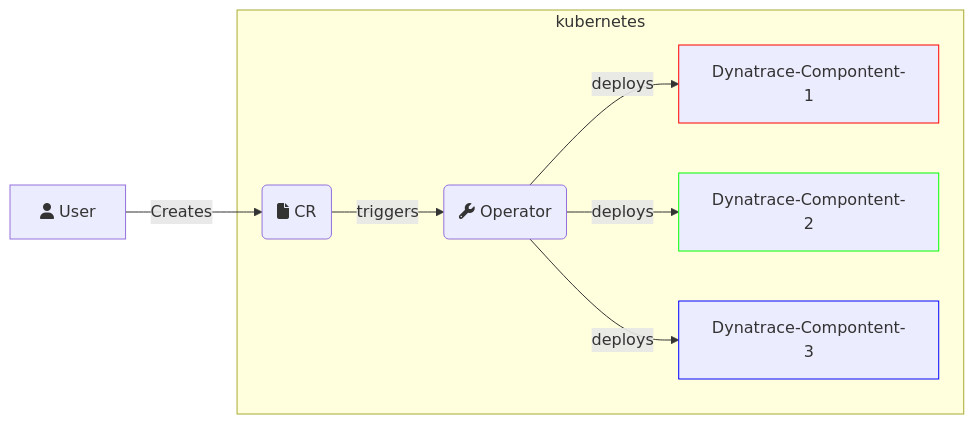
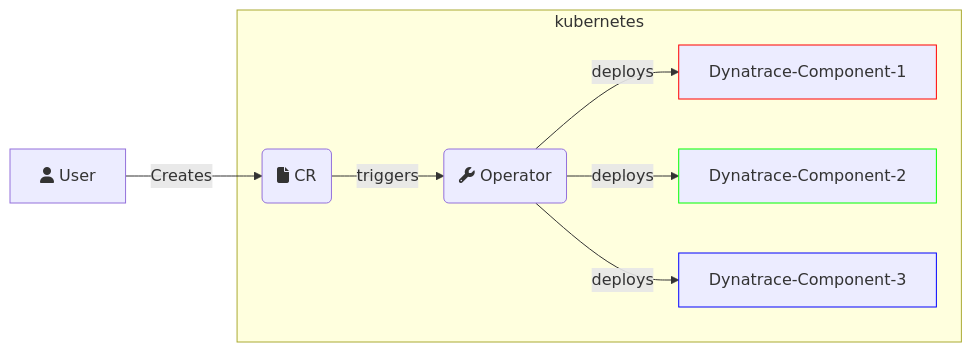
The diagram in ARCHITECTURE.md (Dynatrace/dynatrace-operator), drawn with Mermaid before and after one commit.

````diff
--- a/ARCHITECTURE.md
+++ b/ARCHITECTURE.md
@@ -6,14 +6,14 @@
 ```mermaid
 graph LR
     A[fa:fa-user User] -->|Creates| B(fa:fa-file CR)
     subgraph kubernetes
     B --> |triggers| C(fa:fa-wrench Operator)
-    C -->|deploys| D[Dynatrace-Compontent-1]:::dk1
-    C -->|deploys| E[Dynatrace-Compontent-2]:::dk2
-    C -->|deploys| F[Dynatrace-Compontent-3]:::dk3
+    C -->|deploys| D[Dynatrace-Component-1]:::dk1
+    C -->|deploys| E[Dynatrace-Component-2]:::dk2
+    C -->|deploys| F[Dynatrace-Component-3]:::dk3
     end
 
     classDef dk1 stroke:#f00
     classDef dk2 stroke:#0f0
     classDef dk3 stroke:#00f
 ```
````
